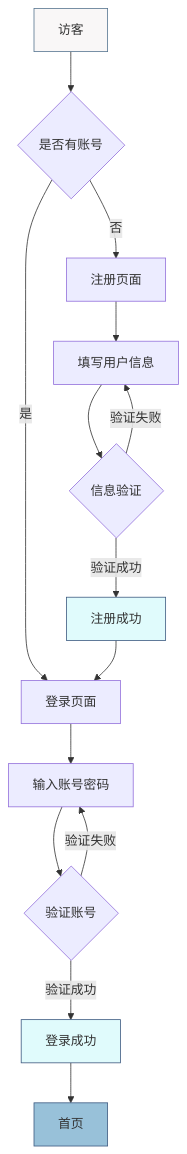
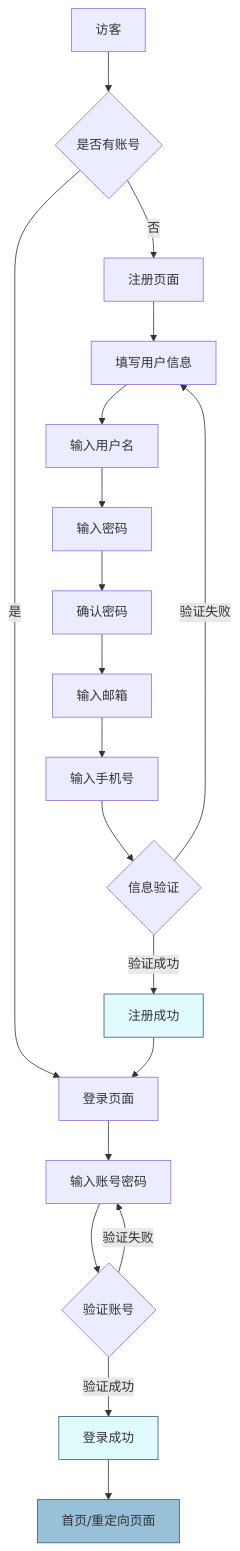
One commit to pilgrimlyieu/Tomato-Bookstore changed the fifth of 7 diagrams in docs/lab/hci-design.md. Above: the diagram before and after it, drawn with Mermaid. The commit also changed other lines of this file and 15 other files, not shown here.

````diff
--- a/docs/lab/hci-design.md
+++ b/docs/lab/hci-design.md
@@ -287,23 +367,27 @@
 ```mermaid
 flowchart TD
     A[访客] --> B{是否有账号}
-    B -->|是| C[登录页面]
-    B -->|否| D[注册页面]
+    B -->|否| C[注册页面]
+    B -->|是| D[登录页面]
 
-    D --> D1[填写用户信息]
-    D1 --> D2{信息验证}
+    C --> C1[填写用户信息]
+    C1 --> C2[输入用户名]
+    C2 --> C3[输入密码]
+    C3 --> C4[确认密码]
+    C4 --> C5[输入邮箱]
+    C5 --> C6[输入手机号]
+    C6 --> C7{信息验证}
+    C7 -->|验证失败| C1
+    C7 -->|验证成功| C8[注册成功]
+    C8 --> D
+
+    D --> D1[输入账号密码]
+    D1 --> D2{验证账号}
     D2 -->|验证失败| D1
-    D2 -->|验证成功| D3[注册成功]
-    D3 --> C
+    D2 -->|验证成功| D3[登录成功]
+    D3 --> E[首页/重定向页面]
 
-    C --> C1[输入账号密码]
-    C1 --> C2{验证账号}
-    C2 -->|验证失败| C1
-    C2 -->|验证成功| C3[登录成功]
-    C3 --> E[首页]
-
-    style A fill:#f9f7f7,stroke:#577590
-    style C3 fill:#e0fbfc,stroke:#3d5a80
+    style C8 fill:#e0fbfc,stroke:#3d5a80
     style D3 fill:#e0fbfc,stroke:#3d5a80
     style E fill:#98c1d9,stroke:#3d5a80
 ```
````
